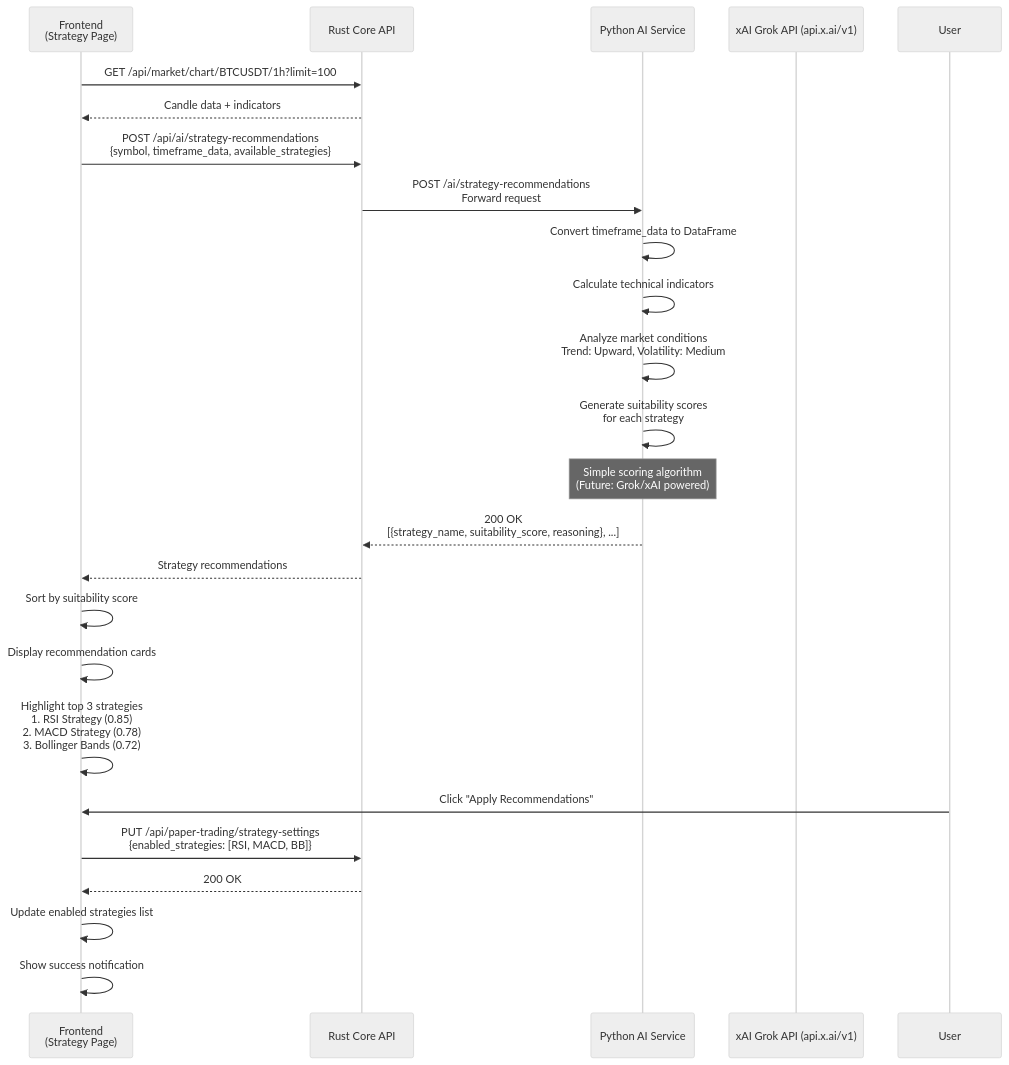
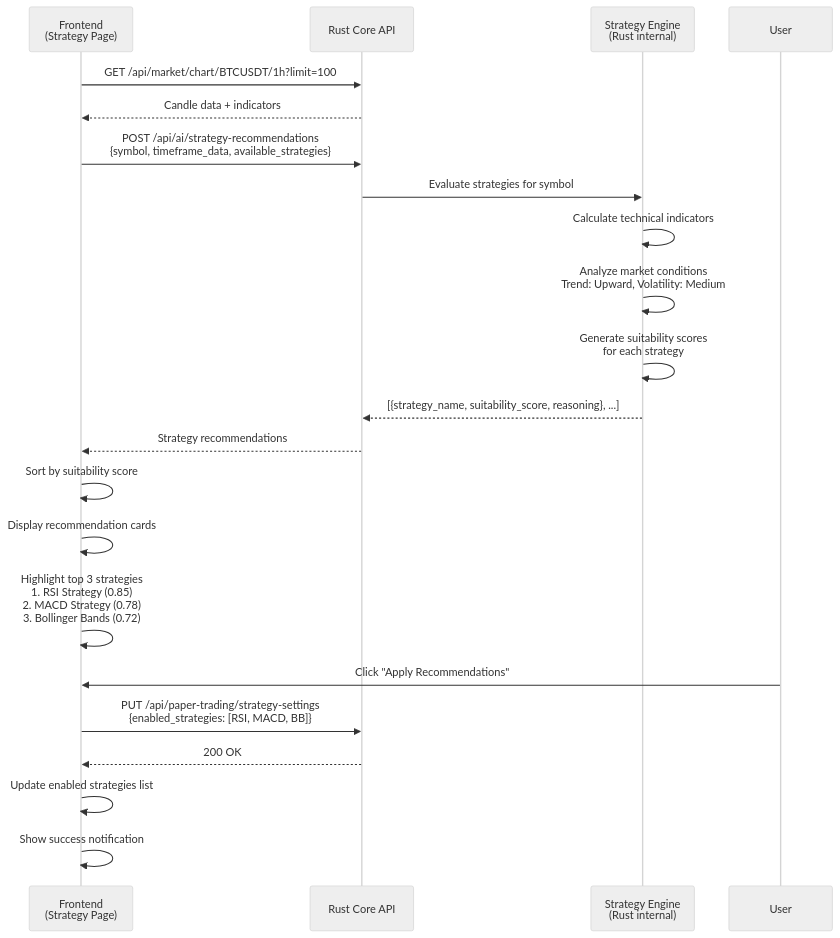
Diagram 11 of 14 in specifications/02-design/2.3-api/API-SEQUENCES.mermaid (magic-ai-trading-bot/bot-core), drawn with Mermaid (neutral theme) before and after one commit. The commit also changed other lines of this file and 92 other files, not shown here.

First line of the commit message:
chore: complete Python AI service cleanup across entire codebase

````diff
--- a/specifications/02-design/2.3-api/API-SEQUENCES.mermaid
+++ b/specifications/02-design/2.3-api/API-SEQUENCES.mermaid
@@ -460,42 +446,36 @@
 ```mermaid
 sequenceDiagram
     participant Frontend as Frontend<br/>(Strategy Page)
     participant RustAPI as Rust Core API
-    participant PythonAI as Python AI Service
-    participant GrokAI as xAI Grok API (api.x.ai/v1)
+    participant StrategyEngine as Strategy Engine<br/>(Rust internal)
 
     Frontend->>RustAPI: GET /api/market/chart/BTCUSDT/1h?limit=100
 
     RustAPI-->>Frontend: Candle data + indicators
 
     Frontend->>RustAPI: POST /api/ai/strategy-recommendations<br/>{symbol, timeframe_data, available_strategies}
 
-    RustAPI->>PythonAI: POST /ai/strategy-recommendations<br/>Forward request
+    RustAPI->>StrategyEngine: Evaluate strategies for symbol
 
-    PythonAI->>PythonAI: Convert timeframe_data to DataFrame
-    PythonAI->>PythonAI: Calculate technical indicators
+    StrategyEngine->>StrategyEngine: Calculate technical indicators
+    StrategyEngine->>StrategyEngine: Analyze market conditions<br/>Trend: Upward, Volatility: Medium
+    StrategyEngine->>StrategyEngine: Generate suitability scores<br/>for each strategy
 
-    PythonAI->>PythonAI: Analyze market conditions<br/>Trend: Upward, Volatility: Medium
-
-    PythonAI->>PythonAI: Generate suitability scores<br/>for each strategy
-
-    Note over PythonAI: Simple scoring algorithm<br/>(Future: Grok/xAI powered)
-
-    PythonAI-->>RustAPI: 200 OK<br/>[{strategy_name, suitability_score, reasoning}, ...]
+    StrategyEngine-->>RustAPI: [{strategy_name, suitability_score, reasoning}, ...]
 
     RustAPI-->>Frontend: Strategy recommendations
 
     Frontend->>Frontend: Sort by suitability score
     Frontend->>Frontend: Display recommendation cards
 
     Frontend->>Frontend: Highlight top 3 strategies<br/>1. RSI Strategy (0.85)<br/>2. MACD Strategy (0.78)<br/>3. Bollinger Bands (0.72)
 
     User->>Frontend: Click "Apply Recommendations"
 
     Frontend->>RustAPI: PUT /api/paper-trading/strategy-settings<br/>{enabled_strategies: [RSI, MACD, BB]}
 
     RustAPI-->>Frontend: 200 OK
 
     Frontend->>Frontend: Update enabled strategies list
     Frontend->>Frontend: Show success notification
 ```
````
